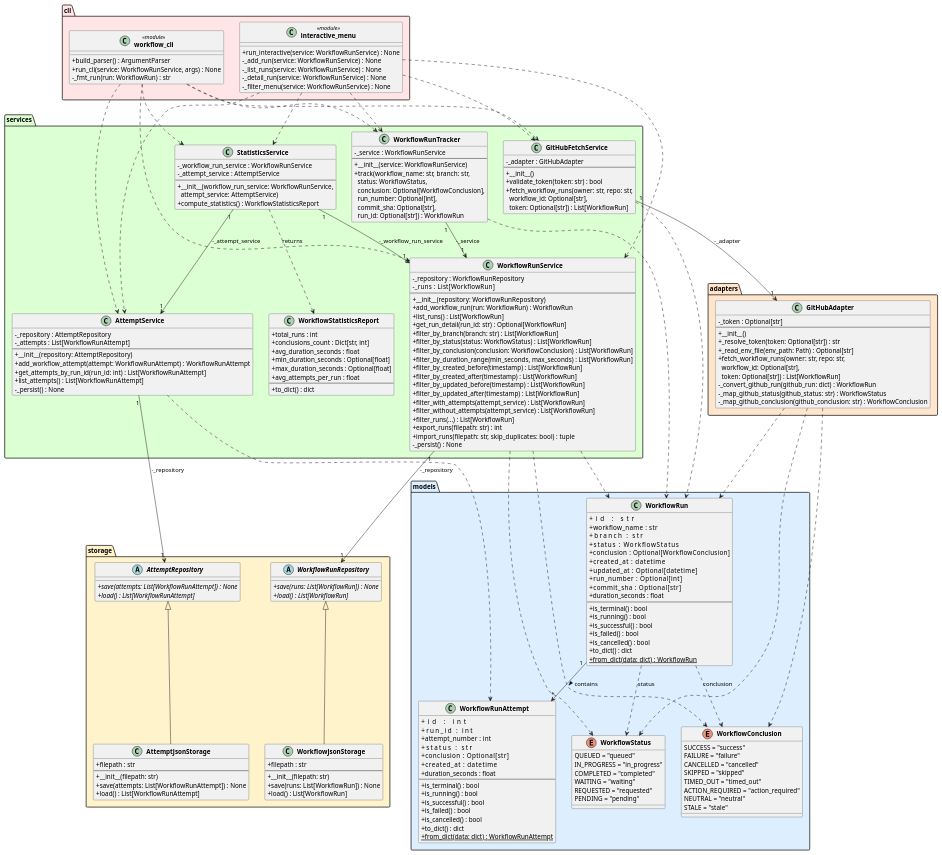
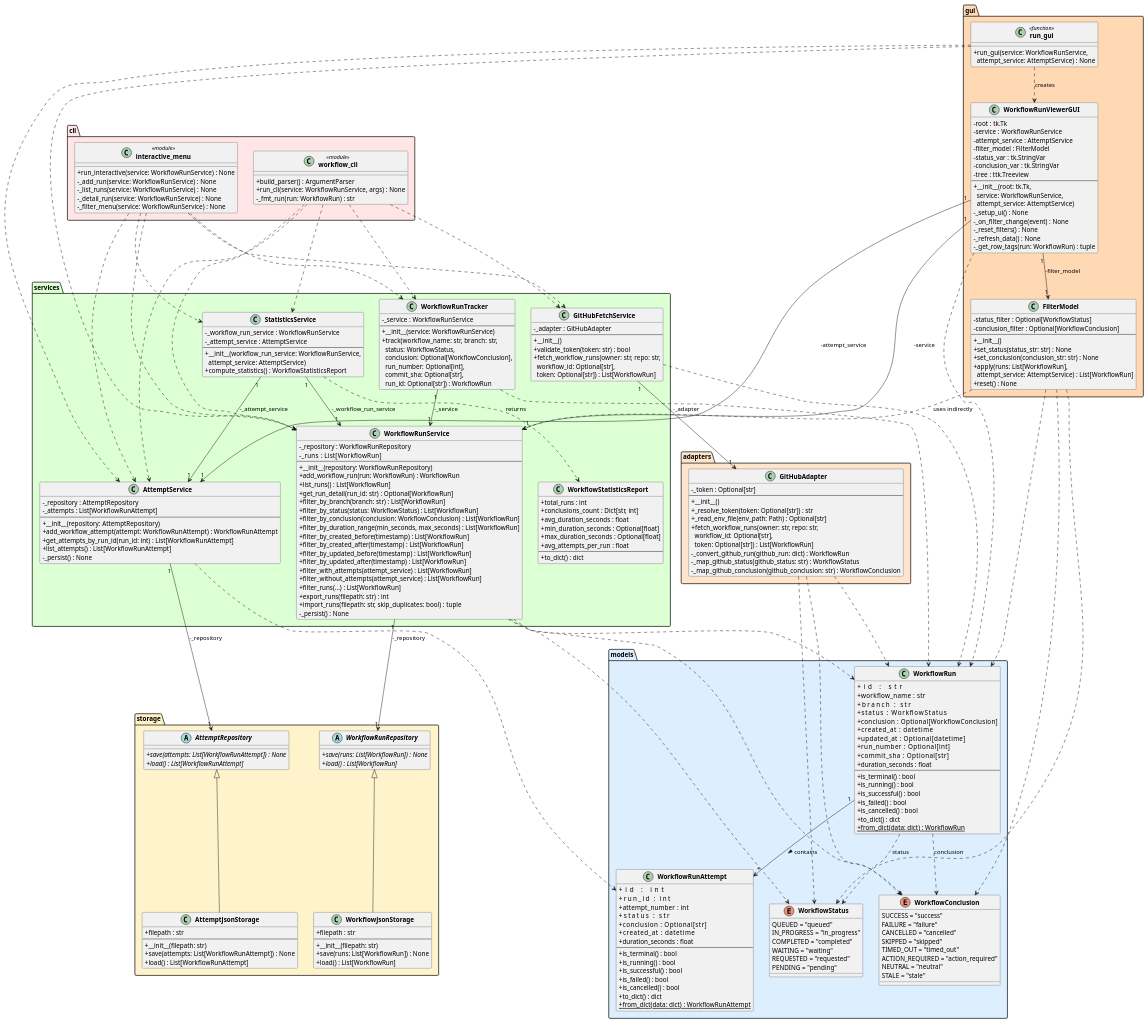
One commit to DanielRiha8906/Software_autoevolution_using_agents changed the diagram in experiments/broadcast/structured_text/github-workflow-manager/artifacts/class_diagram.puml. Above: the diagram before and after it, drawn with PlantUML. The commit also changed 7 other files, not shown here.

```diff
--- a/experiments/broadcast/structured_text/github-workflow-manager/artifacts/class_diagram.puml
+++ b/experiments/broadcast/structured_text/github-workflow-manager/artifacts/class_diagram.puml
@@ -196,6 +196,43 @@
     }
 }
 
+package "gui" #FFD9B3 {
+    class FilterModel {
+        -status_filter : Optional[WorkflowStatus]
+        -conclusion_filter : Optional[WorkflowConclusion]
+        --
+        +__init__()
+        +set_status(status_str: str) : None
+        +set_conclusion(conclusion_str: str) : None
+        +apply(runs: List[WorkflowRun],\n  attempt_service: AttemptService) : List[WorkflowRun]
+        +reset() : None
+    }
+
+    class WorkflowRunViewerGUI {
+        -root : tk.Tk
+        -service : WorkflowRunService
+        -attempt_service : AttemptService
+        -filter_model : FilterModel
+        -status_var : tk.StringVar
+        -conclusion_var : tk.StringVar
+        -tree : ttk.Treeview
+        --
+        +__init__(root: tk.Tk,\n  service: WorkflowRunService,\n  attempt_service: AttemptService)
+        -_setup_ui() : None
+        -_on_filter_change(event) : None
+        -_reset_filters() : None
+        -_refresh_data() : None
+        -_get_row_tags(run: WorkflowRun) : tuple
+    }
+
+    class "run_gui" <<function>> {
+        +run_gui(service: WorkflowRunService,\n  attempt_service: AttemptService) : None
+    }
+
+    WorkflowRunViewerGUI "1" --> "1" FilterModel : -filter_model
+    run_gui ..> WorkflowRunViewerGUI : creates
+}
+
 WorkflowRun                "1" --> "*" WorkflowRunAttempt   : contains >
 WorkflowRun                ..>  WorkflowStatus        : status
 WorkflowRun                ..>  WorkflowConclusion    : conclusion
@@ -225,5 +262,14 @@
 GitHubAdapter              ..>  WorkflowRun
 GitHubAdapter              ..>  WorkflowStatus
 GitHubAdapter              ..>  WorkflowConclusion
+FilterModel                ..>  WorkflowStatus
+FilterModel                ..>  WorkflowConclusion
+FilterModel                ..>  WorkflowRun
+FilterModel                ..>  WorkflowRunService : uses indirectly
+WorkflowRunViewerGUI  "1" --> "1" WorkflowRunService  : -service
+WorkflowRunViewerGUI  "1" --> "1" AttemptService      : -attempt_service
+WorkflowRunViewerGUI       ..>  WorkflowRun
+run_gui                    ..>  WorkflowRunService
+run_gui                    ..>  AttemptService
 
 @enduml
```
